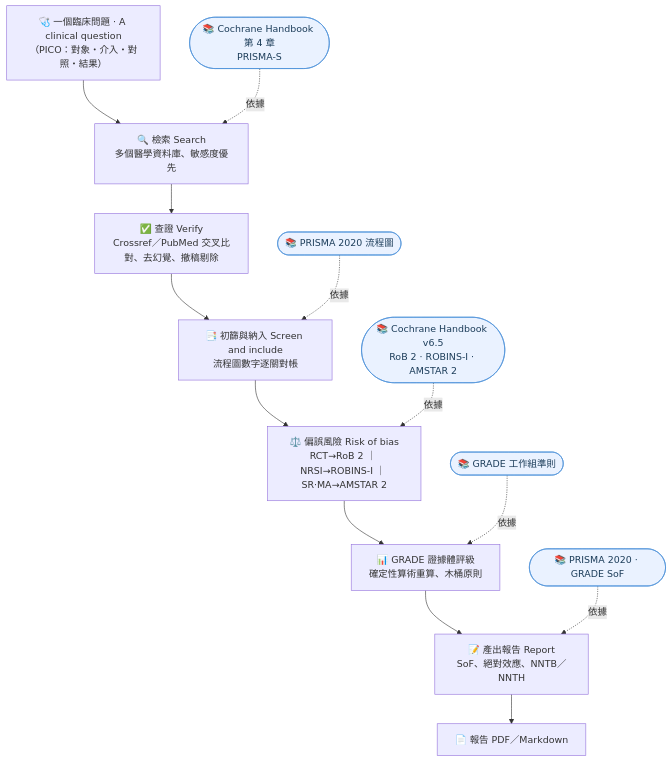
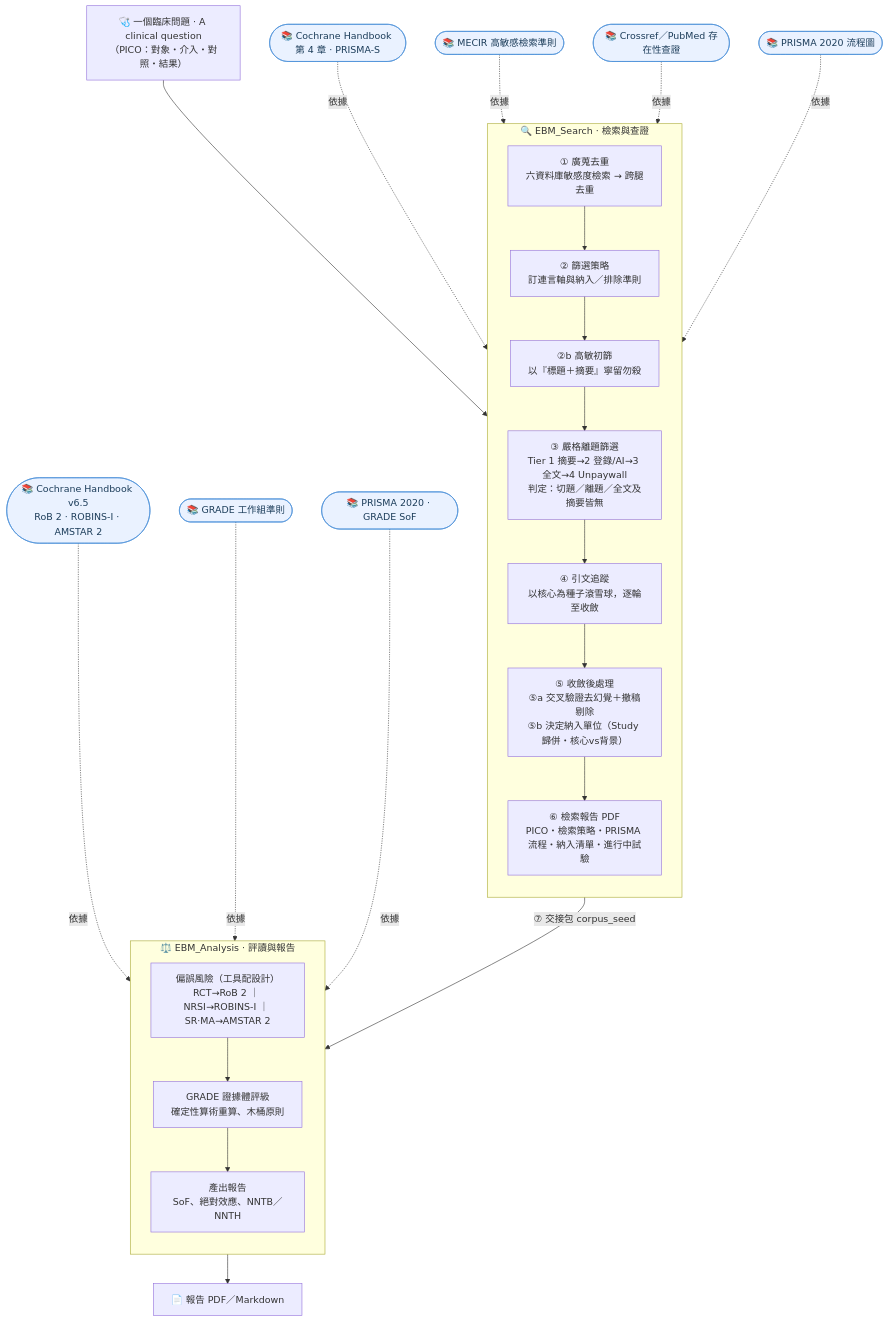
One commit to kau10082/EBM_Framework changed the diagram in README.md. Above: the diagram before and after it, drawn with Mermaid.

Commit message:
docs(readme): spell out each Search step in the flowchart
把流程圖的檢索階段展開為權威 v0.22 步驟：① 廣蒐去重 → ② 篩選策略 → ②b 高敏初篩 → ③ 嚴格離題篩選（Tier 1–4）→ ④ 引文追蹤 → ⑤ 收斂後處理（⑤a 交叉驗證去幻覺＋撤稿剔除、⑤b 決定納入單位）→ ⑥ 檢索報告 PDF → ⑦ 交接包；並修正查證的正確時序（在 ⑤a，而非檢索後立即）。檢索／評讀分兩 subgraph，各步仍標出依據的學術標準。

````diff
--- a/README.md
+++ b/README.md
@@ -37,23 +37,39 @@
 ```mermaid
 flowchart TD
     Q["🩺 一個臨床問題 · A clinical question<br/>（PICO：對象・介入・對照・結果）"]
 
-    A["🔍 檢索 Search<br/>多個醫學資料庫、敏感度優先"]
-    B["✅ 查證 Verify<br/>Crossref／PubMed 交叉比對、去幻覺、撤稿剔除"]
-    C["📑 初篩與納入 Screen and include<br/>流程圖數字逐關對帳"]
-    D["⚖️ 偏誤風險 Risk of bias<br/>RCT→RoB 2 ｜ NRSI→ROBINS-I ｜ SR·MA→AMSTAR 2"]
-    E["📊 GRADE 證據體評級<br/>確定性算術重算、木桶原則"]
-    F["📝 產出報告 Report<br/>SoF、絕對效應、NNTB／NNTH"]
-    R["📄 報告 PDF／Markdown"]
+    subgraph S["🔍 EBM_Search · 檢索與查證"]
+      direction TB
+      S1["① 廣蒐去重<br/>六資料庫敏感度檢索 → 跨腿去重"]
+      S2["② 篩選策略<br/>訂連言軸與納入／排除準則"]
+      S2b["②b 高敏初篩<br/>以『標題＋摘要』寧留勿殺"]
+      S3["③ 嚴格離題篩選<br/>Tier 1 摘要→2 登錄/AI→3 全文→4 Unpaywall<br/>判定：切題／離題／全文及摘要皆無"]
+      S4["④ 引文追蹤<br/>以核心為種子滾雪球，逐輪至收斂"]
+      S5["⑤ 收斂後處理<br/>⑤a 交叉驗證去幻覺＋撤稿剔除<br/>⑤b 決定納入單位（Study 歸併・核心vs背景）"]
+      S6["⑥ 檢索報告 PDF<br/>PICO・檢索策略・PRISMA 流程・納入清單・進行中試驗"]
+      S1 --> S2 --> S2b --> S3 --> S4 --> S5 --> S6
+    end
 
-    Q --> A --> B --> C --> D --> E --> F --> R
+    subgraph N["⚖️ EBM_Analysis · 評讀與報告"]
+      direction TB
+      D["偏誤風險（工具配設計）<br/>RCT→RoB 2 ｜ NRSI→ROBINS-I ｜ SR·MA→AMSTAR 2"]
+      E["GRADE 證據體評級<br/>確定性算術重算、木桶原則"]
+      F["產出報告<br/>SoF、絕對效應、NNTB／NNTH"]
+      D --> E --> F
+    end
 
-    sA(["📚 Cochrane Handbook 第 4 章<br/>PRISMA-S"]) -. 依據 .-> A
-    sC(["📚 PRISMA 2020 流程圖"]) -. 依據 .-> C
-    sD(["📚 Cochrane Handbook v6.5<br/>RoB 2 · ROBINS-I · AMSTAR 2"]) -. 依據 .-> D
-    sE(["📚 GRADE 工作組準則"]) -. 依據 .-> E
-    sF(["📚 PRISMA 2020 · GRADE SoF"]) -. 依據 .-> F
+    Q --> S1
+    S6 -->|⑦ 交接包 corpus_seed| D
+    F --> R["📄 報告 PDF／Markdown"]
+
+    g1(["📚 Cochrane Handbook 第 4 章 · PRISMA-S"]) -. 依據 .-> S1
+    g2(["📚 MECIR 高敏感檢索準則"]) -. 依據 .-> S2b
+    g5(["📚 Crossref／PubMed 存在性查證"]) -. 依據 .-> S5
+    g6(["📚 PRISMA 2020 流程圖"]) -. 依據 .-> S6
+    gD(["📚 Cochrane Handbook v6.5<br/>RoB 2 · ROBINS-I · AMSTAR 2"]) -. 依據 .-> D
+    gE(["📚 GRADE 工作組準則"]) -. 依據 .-> E
+    gF(["📚 PRISMA 2020 · GRADE SoF"]) -. 依據 .-> F
 
     classDef std fill:#eaf2ff,stroke:#4a90d9,color:#1c3d5a;
-    class sA,sC,sD,sE,sF std;
+    class g1,g2,g5,g6,gD,gE,gF std;
 ```
````
